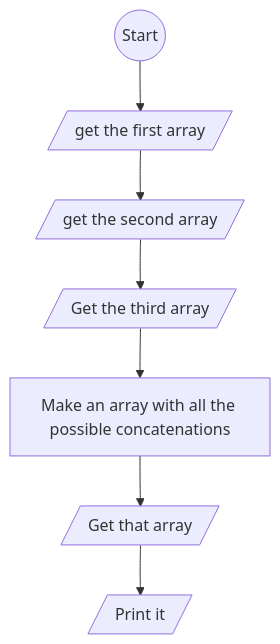
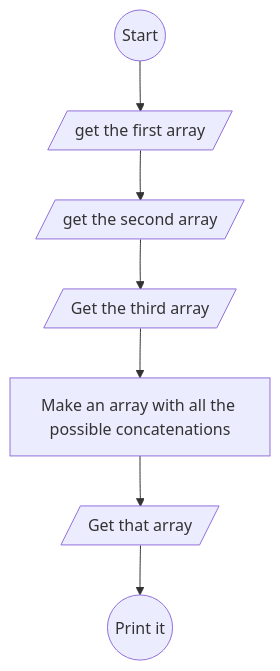
Before and after one commit to 4GeeksAcademy/FS64-AlbertJane-DomainNameGenerator: the diagram in README.md, drawn with Mermaid.

````diff
--- a/README.md
+++ b/README.md
@@ -2,15 +2,15 @@
 ```mermaid
 
 
 flowchart TD;
     A((Start))
     B[/get the first array/]
     C[/get the second array/]
     D[/Get the third array/]
     E[Make an array with all the possible concatenations]
     F[/Get that array/]
-    G[/Print it/]
+    G((Print it))
 
 A --> B --> C --> D --> E --> F --> G
 
 ```
````
